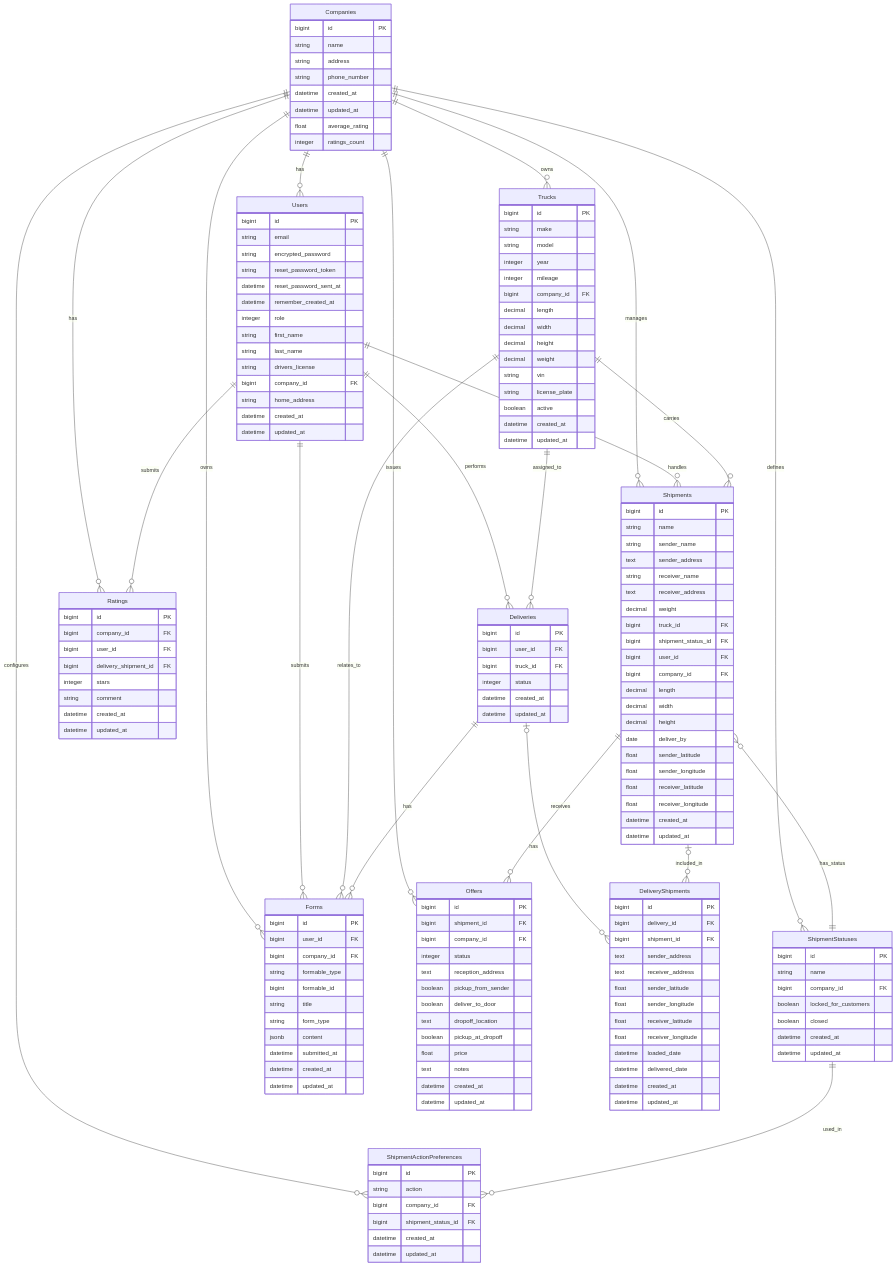
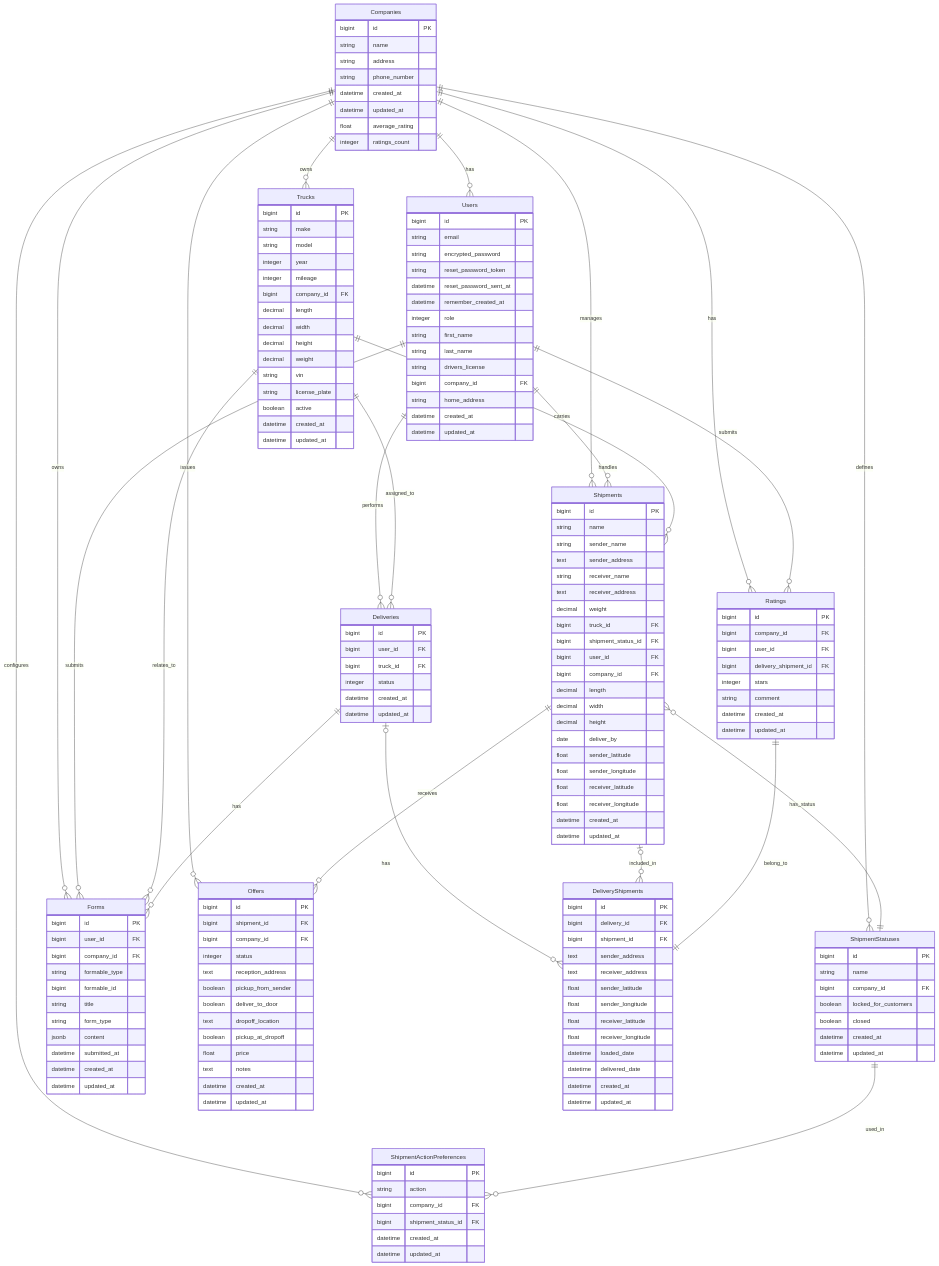
The diagram in docs/erd.mermaid (devxiongmao/truckin-along), drawn with Mermaid before and after one commit.

```diff
--- a/docs/erd.mermaid
+++ b/docs/erd.mermaid
@@ -1,184 +1,186 @@
 erDiagram
     Companies ||--o{ Users : has
     Companies ||--o{ Trucks : owns
     Companies ||--o{ Shipments : manages
     Companies ||--o{ ShipmentStatuses : defines
     Companies ||--o{ ShipmentActionPreferences : configures
     Companies ||--o{ Forms : owns
     Companies ||--o{ Offers : issues
     Companies ||--o{ Ratings : has
     
     Users ||--o{ Deliveries : performs
     Users ||--o{ Shipments : handles
     Users ||--o{ Forms : submits
     Users ||--o{ Ratings : submits
 
     Shipments ||--o{ Offers : receives
     
     Trucks ||--o{ Deliveries : assigned_to
     Trucks ||--o{ Shipments : carries
     Trucks ||--o{ Forms : relates_to
     
     Shipments }o--|| ShipmentStatuses : has_status
     
     ShipmentStatuses ||--o{ ShipmentActionPreferences : used_in
     
     Deliveries |o--o{ DeliveryShipments : has
     Deliveries ||--o{ Forms : has
     
     Shipments |o--o{ DeliveryShipments : included_in
+
+    Ratings ||--|| DeliveryShipments : belong_to
     
     Companies {
         bigint id PK
         string name
         string address
         string phone_number
         datetime created_at
         datetime updated_at
         float average_rating
         integer ratings_count
     }
 
     Ratings {
         bigint id PK
         bigint company_id FK
         bigint user_id FK
         bigint delivery_shipment_id FK
         integer stars 
         string comment 
         datetime created_at
         datetime updated_at
     }
     
     Users {
         bigint id PK
         string email
         string encrypted_password
         string reset_password_token
         datetime reset_password_sent_at
         datetime remember_created_at
         integer role
         string first_name
         string last_name
         string drivers_license
         bigint company_id FK
         string home_address
         datetime created_at
         datetime updated_at
     }
     
     Trucks {
         bigint id PK
         string make
         string model
         integer year
         integer mileage
         bigint company_id FK
         decimal length
         decimal width
         decimal height
         decimal weight
         string vin
         string license_plate
         boolean active
         datetime created_at
         datetime updated_at
     }
     
     Deliveries {
         bigint id PK
         bigint user_id FK
         bigint truck_id FK
         integer status
         datetime created_at
         datetime updated_at
     }
     
     Shipments {
         bigint id PK
         string name
         string sender_name
         text sender_address
         string receiver_name
         text receiver_address
         decimal weight
         bigint truck_id FK
         bigint shipment_status_id FK
         bigint user_id FK
         bigint company_id FK
         decimal length
         decimal width
         decimal height
         date deliver_by
         float sender_latitude
         float sender_longitude
         float receiver_latitude
         float receiver_longitude
         datetime created_at
         datetime updated_at
     }
 
     DeliveryShipments {
         bigint id PK
         bigint delivery_id FK
         bigint shipment_id FK
         text sender_address
         text receiver_address
         float sender_latitude
         float sender_longitude
         float receiver_latitude
         float receiver_longitude
         datetime loaded_date
         datetime delivered_date
         datetime created_at
         datetime updated_at
     }
     
     ShipmentStatuses {
         bigint id PK
         string name
         bigint company_id FK
         boolean locked_for_customers
         boolean closed
         datetime created_at
         datetime updated_at
     }
     
     ShipmentActionPreferences {
         bigint id PK
         string action
         bigint company_id FK
         bigint shipment_status_id FK
         datetime created_at
         datetime updated_at
     }
     
     Forms {
         bigint id PK
         bigint user_id FK
         bigint company_id FK
         string formable_type
         bigint formable_id
         string title
         string form_type
         jsonb content
         datetime submitted_at
         datetime created_at
         datetime updated_at
     }
     
     Offers {
         bigint id PK
         bigint shipment_id FK
         bigint company_id FK
         integer status
         text reception_address
         boolean pickup_from_sender
         boolean deliver_to_door
         text dropoff_location
         boolean pickup_at_dropoff
         float price
         text notes
         datetime created_at
         datetime updated_at
     }
```
